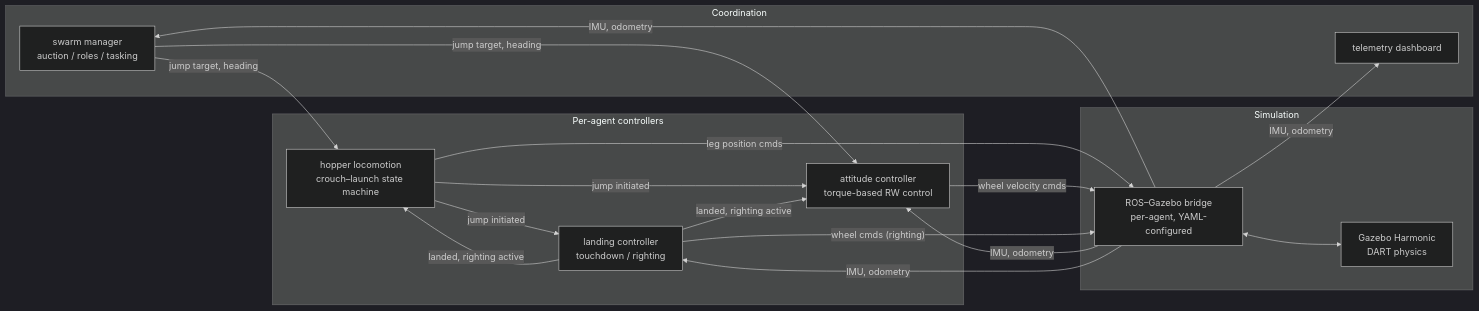
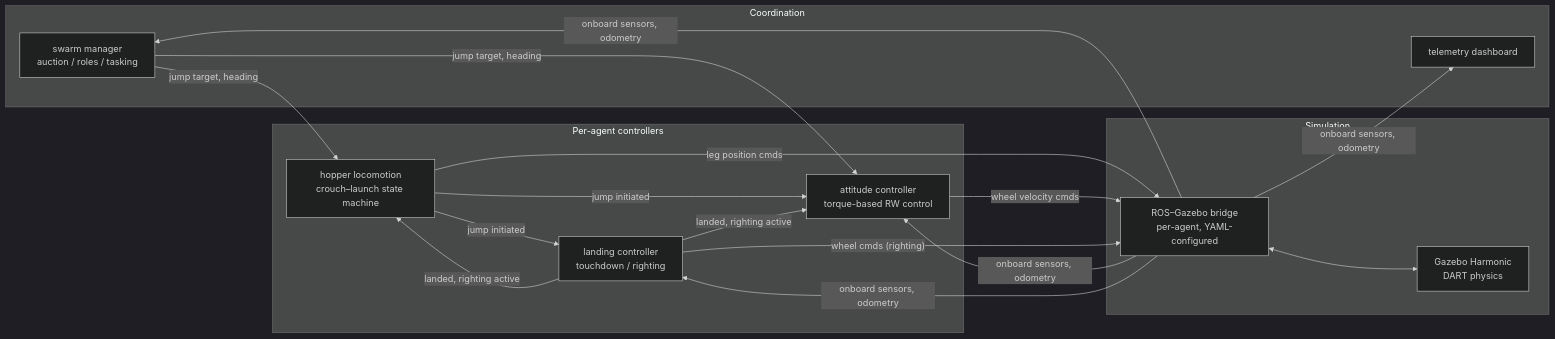
The first of 4 diagrams in docs/Research_Paper.md (Phroggo/ryugu), drawn with Mermaid (dark theme) before and after one commit. The commit also changed other lines of this file and 1 other file, not shown here.

````diff
--- a/docs/Research_Paper.md
+++ b/docs/Research_Paper.md
@@ -43,24 +54,24 @@
 ```mermaid
 flowchart LR
     subgraph Coordination
         SM[swarm manager<br/>auction / roles / tasking]
         GUI[telemetry dashboard]
     end
     subgraph Per-agent controllers
         HOP[hopper locomotion<br/>crouch–launch state machine]
         ATT[attitude controller<br/>torque-based RW control]
         LAND[landing controller<br/>touchdown / righting]
     end
     subgraph Simulation
         BR[ROS–Gazebo bridge<br/>per-agent, YAML-configured]
         GZ[Gazebo Harmonic<br/>DART physics]
     end
     SM -- "jump target, heading" --> HOP & ATT
     HOP -- "jump initiated" --> LAND & ATT
     LAND -- "landed, righting active" --> HOP & ATT
     HOP -- "leg position cmds" --> BR
     ATT -- "wheel velocity cmds" --> BR
     LAND -- "wheel cmds (righting)" --> BR
     BR <--> GZ
-    BR -- "IMU, odometry" --> ATT & LAND & SM & GUI
+    BR -- "onboard sensors, odometry" --> ATT & LAND & SM & GUI
 ```
````
